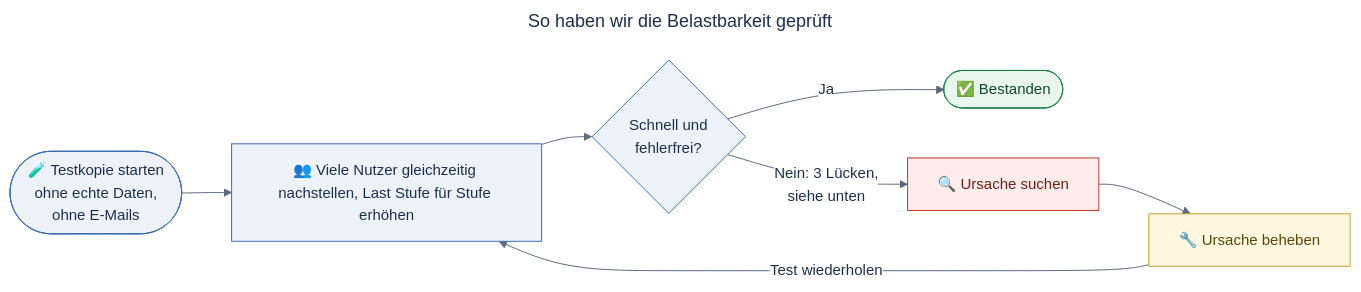
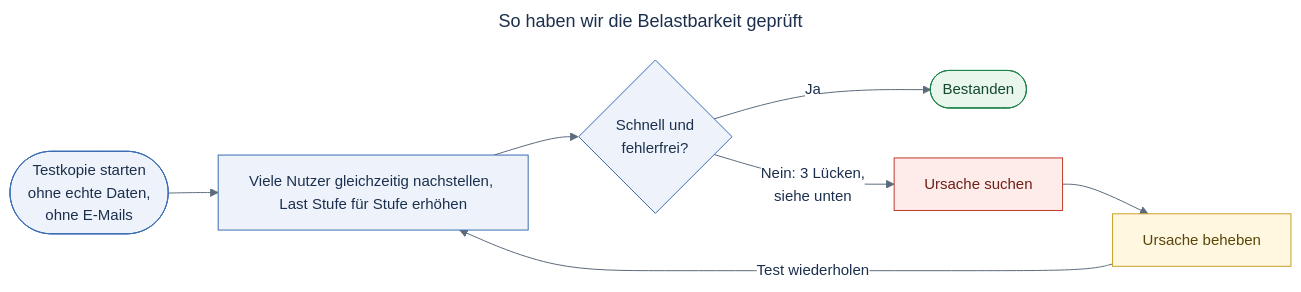
One commit to kamalshekho/design-thinking-workshop changed the second of 5 diagrams in load-test/RESULTS.md. Above: the diagram before and after it, drawn with Mermaid. The commit also changed other lines of this file, not shown here.

Commit message:
docs(load-test): drop the icons from the diagrams

````diff
--- a/load-test/RESULTS.md
+++ b/load-test/RESULTS.md
@@ -66,39 +66,39 @@
 ```mermaid
 ---
 title: So haben wir die Belastbarkeit geprüft
 config:
   theme: base
   themeVariables:
     fontSize: "15px"
     primaryColor: "#eef3fb"
     primaryBorderColor: "#3b6db3"
     primaryTextColor: "#1b2f4d"
     lineColor: "#5b6b7c"
     edgeLabelBackground: "#ffffff"
     clusterBkg: "#ffffff"
   flowchart:
     wrappingWidth: 250
     curve: basis
 ---
 flowchart LR
     %% One loop: load the copy, find what breaks, fix it, run the same test again.
-    start(["🧪 Testkopie starten<br/>ohne echte Daten,<br/>ohne E-Mails"])
-    load["👥 Viele Nutzer gleichzeitig nachstellen, Last Stufe für Stufe erhöhen"]
+    start(["Testkopie starten<br/>ohne echte Daten,<br/>ohne E-Mails"])
+    load["Viele Nutzer gleichzeitig nachstellen, Last Stufe für Stufe erhöhen"]
     check{"Schnell und<br/>fehlerfrei?"}
-    pass(["✅ Bestanden"])
-    cause["🔍 Ursache suchen"]
-    fix["🔧 Ursache beheben"]
+    pass(["Bestanden"])
+    cause["Ursache suchen"]
+    fix["Ursache beheben"]
 
     start --> load --> check
     check -->|Ja| pass
     check -->|"Nein: 3 Lücken,<br/>siehe unten"| cause
     cause --> fix
     fix -->|Test wiederholen| load
 
     classDef ok fill:#e8f6ec,stroke:#1e8449,color:#14482a
     classDef bad fill:#fdecea,stroke:#c0392b,color:#6e1f17
     classDef work fill:#fff7e0,stroke:#c9a227,color:#5a4508
     class pass ok
     class cause bad
     class fix work
 ```
````
